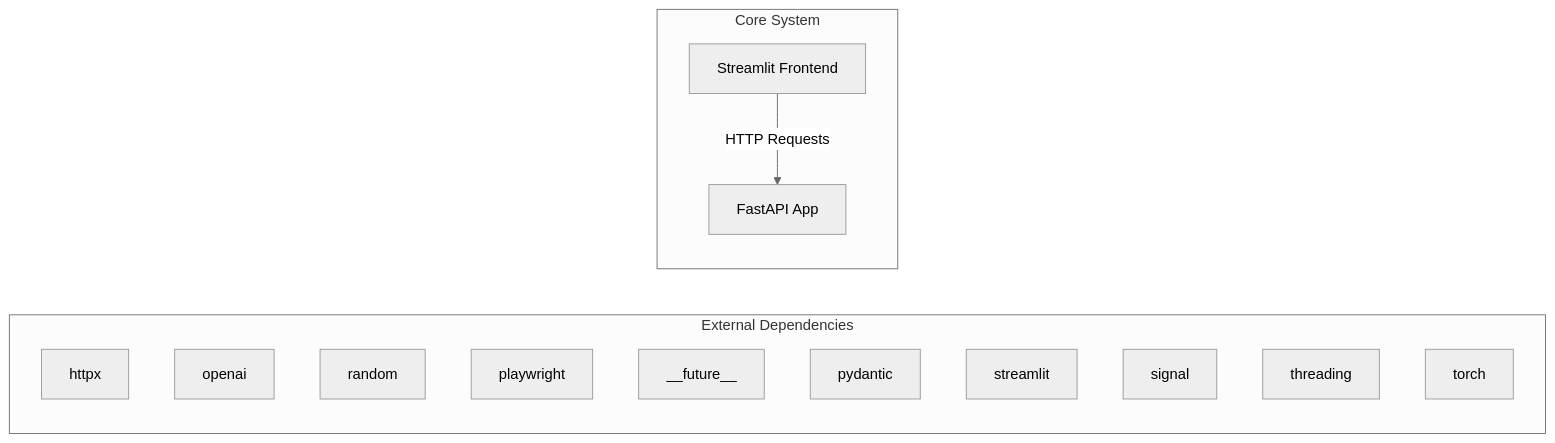
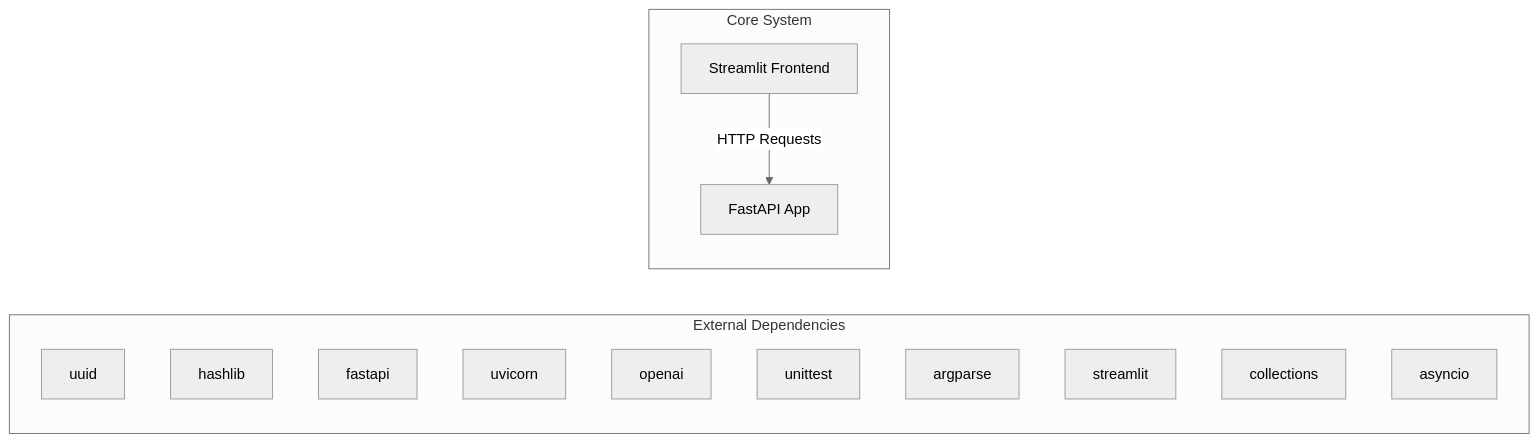
Before and after one commit to NITISH-R-G/rag-context-optimizer: the first of 2 diagrams in docs/architecture.md, drawn with Mermaid (neutral theme). The commit also changed 1 other file, not shown here.

Commit message:
docs: auto-update repository knowledge, architecture diagrams, and documentation

````diff
--- a/docs/architecture.md
+++ b/docs/architecture.md
@@ -7,20 +7,20 @@
 ```mermaid
 graph LR
     subgraph External Dependencies
-        E0["httpx"]
-        E1["openai"]
-        E2["random"]
-        E3["playwright"]
-        E4["__future__"]
-        E5["pydantic"]
-        E6["streamlit"]
-        E7["signal"]
-        E8["threading"]
-        E9["torch"]
+        E0["uuid"]
+        E1["hashlib"]
+        E2["fastapi"]
+        E3["uvicorn"]
+        E4["openai"]
+        E5["unittest"]
+        E6["argparse"]
+        E7["streamlit"]
+        E8["collections"]
+        E9["asyncio"]
     end
     subgraph Core System
         API["FastAPI App"]
         UI["Streamlit Frontend"]
     end
     UI -->|HTTP Requests| API
 ```
````
